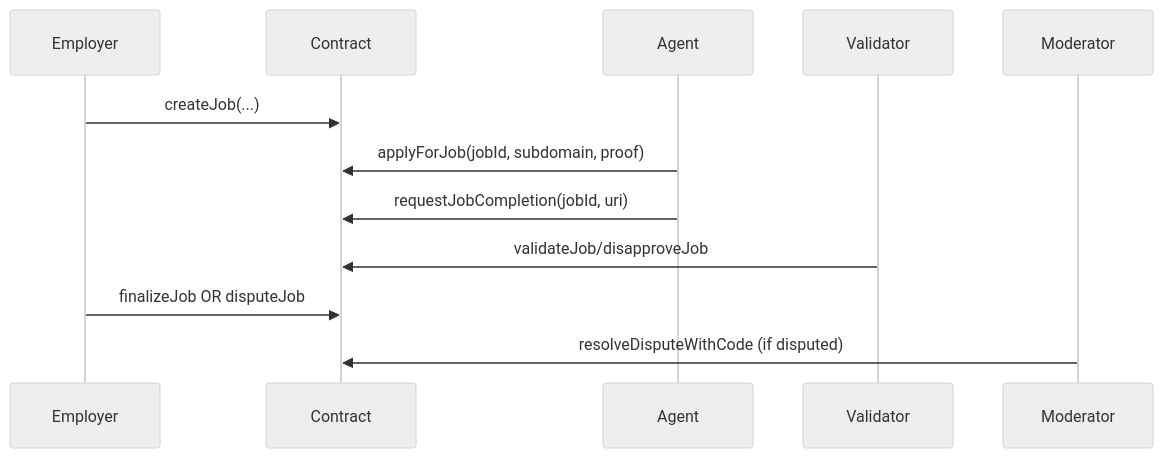
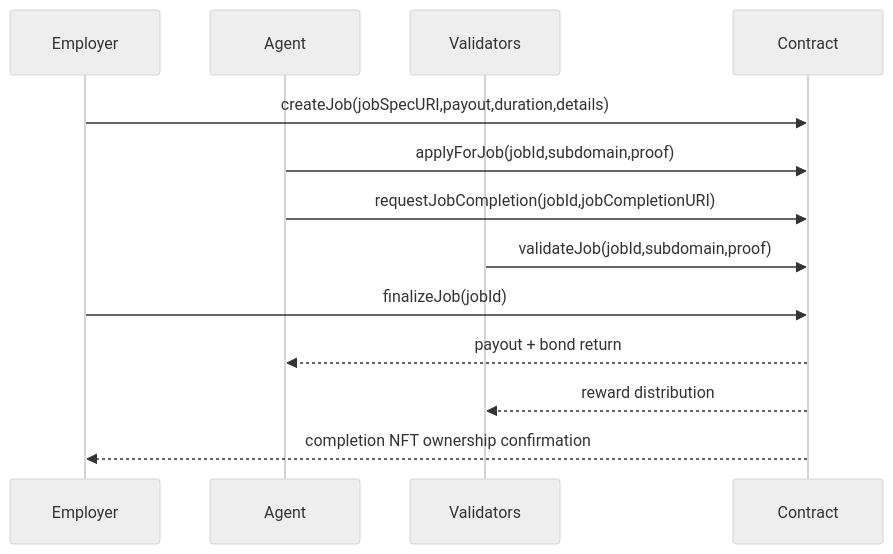
One commit to MontrealAI/AGIJobManager changed the third of 4 diagrams in docs/DEPLOYMENT/OWNER_MAINNET_DEPLOYMENT_AND_OPERATIONS_GUIDE.md. Above: the diagram before and after it, drawn with Mermaid (neutral theme). The commit also changed other lines of this file and 1 other file, not shown here.

````diff
--- a/docs/DEPLOYMENT/OWNER_MAINNET_DEPLOYMENT_AND_OPERATIONS_GUIDE.md
+++ b/docs/DEPLOYMENT/OWNER_MAINNET_DEPLOYMENT_AND_OPERATIONS_GUIDE.md
@@ -254,15 +310,16 @@
 ```mermaid
 sequenceDiagram
   participant Employer
+  participant Agent
+  participant Validators
   participant Contract
-  participant Agent
-  participant Validator
-  participant Moderator
 
-  Employer->>Contract: createJob(...)
-  Agent->>Contract: applyForJob(jobId, subdomain, proof)
-  Agent->>Contract: requestJobCompletion(jobId, uri)
-  Validator->>Contract: validateJob/disapproveJob
-  Employer->>Contract: finalizeJob OR disputeJob
-  Moderator->>Contract: resolveDisputeWithCode (if disputed)
+  Employer->>Contract: createJob(jobSpecURI,payout,duration,details)
+  Agent->>Contract: applyForJob(jobId,subdomain,proof)
+  Agent->>Contract: requestJobCompletion(jobId,jobCompletionURI)
+  Validators->>Contract: validateJob(jobId,subdomain,proof)
+  Employer->>Contract: finalizeJob(jobId)
+  Contract-->>Agent: payout + bond return
+  Contract-->>Validators: reward distribution
+  Contract-->>Employer: completion NFT ownership confirmation
 ```
````
